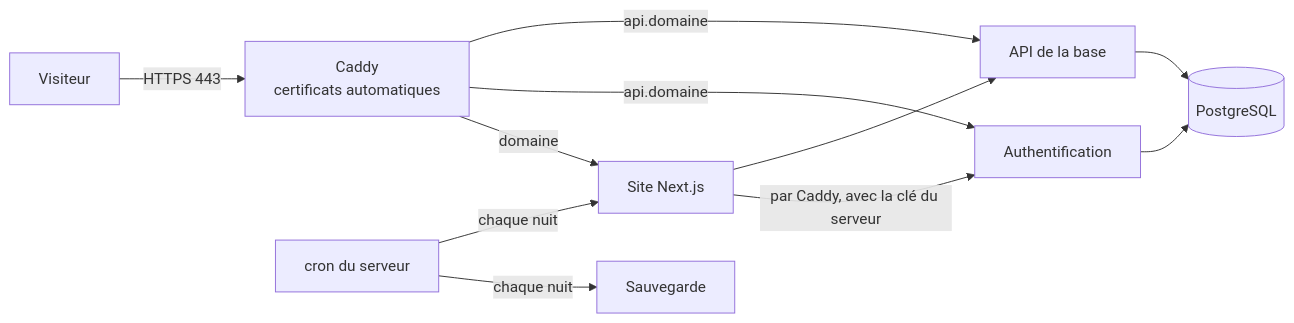
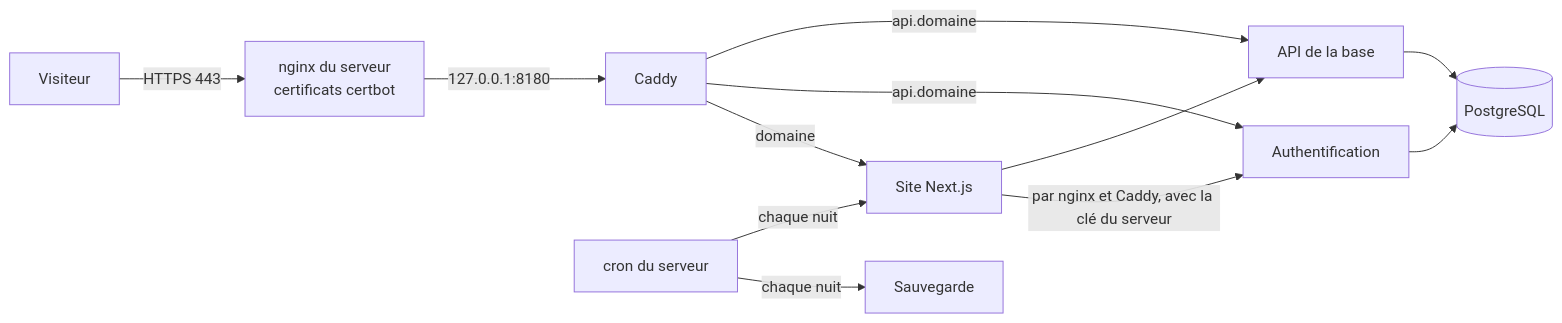
Before and after one commit to Kelenix/Mon-cv-en-30-minutes: the diagram in docs/deployment.md, drawn with Mermaid. The commit also changed other lines of this file and 9 other files, not shown here.

````diff
--- a/docs/deployment.md
+++ b/docs/deployment.md
@@ -12,13 +13,14 @@
 ```mermaid
 flowchart LR
-  U[Visiteur] -->|HTTPS 443| C[Caddy<br/>certificats automatiques]
+  U[Visiteur] -->|HTTPS 443| N[nginx du serveur<br/>certificats certbot]
+  N -->|127.0.0.1:8180| C[Caddy]
   C -->|domaine| A[Site Next.js]
   C -->|api.domaine| G[Authentification]
   C -->|api.domaine| R[API de la base]
-  A -->|par Caddy, avec la clé du serveur| G
+  A -->|par nginx et Caddy, avec la clé du serveur| G
   A --> R
   G --> D[(PostgreSQL)]
   R --> D
   T[cron du serveur] -->|chaque nuit| B[Sauvegarde]
   T -->|chaque nuit| A
 ```
````
